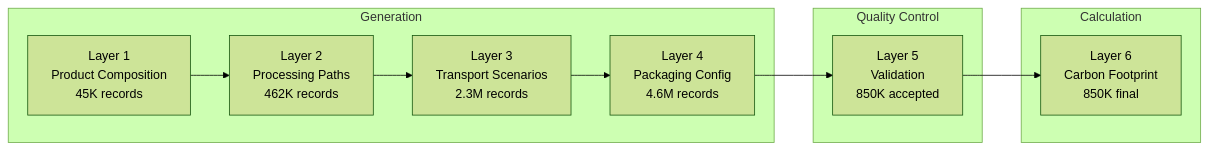
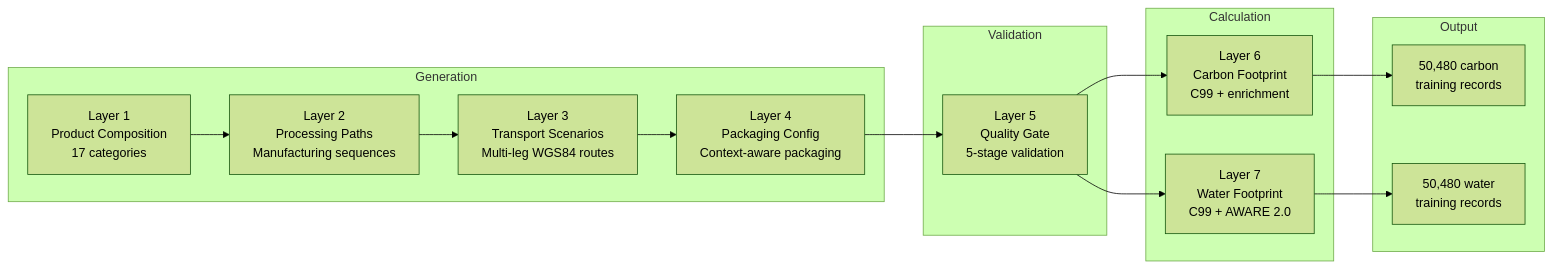
Before and after one commit to tr4m0ryp/ESPResso-V2: the diagram in README.md, drawn with Mermaid (forest theme). The commit also changed other lines of this file, not shown here.

First line of the commit message:
docs: rewrite README with model results, methodology, and architecture

````diff
--- a/README.md
+++ b/README.md
@@ -89,14 +149,19 @@
 ```mermaid
 graph LR
     subgraph Generation
-        L1[Layer 1<br/>Product Composition<br/>45K records] --> L2[Layer 2<br/>Processing Paths<br/>462K records]
-        L2 --> L3[Layer 3<br/>Transport Scenarios<br/>2.3M records]
-        L3 --> L4[Layer 4<br/>Packaging Config<br/>4.6M records]
+        L1["Layer 1<br/>Product Composition<br/>17 categories"] --> L2["Layer 2<br/>Processing Paths<br/>Manufacturing sequences"]
+        L2 --> L3["Layer 3<br/>Transport Scenarios<br/>Multi-leg WGS84 routes"]
+        L3 --> L4["Layer 4<br/>Packaging Config<br/>Context-aware packaging"]
     end
-    subgraph Quality Control
-        L4 --> L5[Layer 5<br/>Validation<br/>850K accepted]
+    subgraph Validation
+        L4 --> L5["Layer 5<br/>Quality Gate<br/>5-stage validation"]
     end
     subgraph Calculation
-        L5 --> L6[Layer 6<br/>Carbon Footprint<br/>850K final]
+        L5 --> L6["Layer 6<br/>Carbon Footprint<br/>C99 + enrichment"]
+        L5 --> L7["Layer 7<br/>Water Footprint<br/>C99 + AWARE 2.0"]
+    end
+    subgraph Output
+        L6 --> D1["50,480 carbon<br/>training records"]
+        L7 --> D2["50,480 water<br/>training records"]
     end
 ```
````
